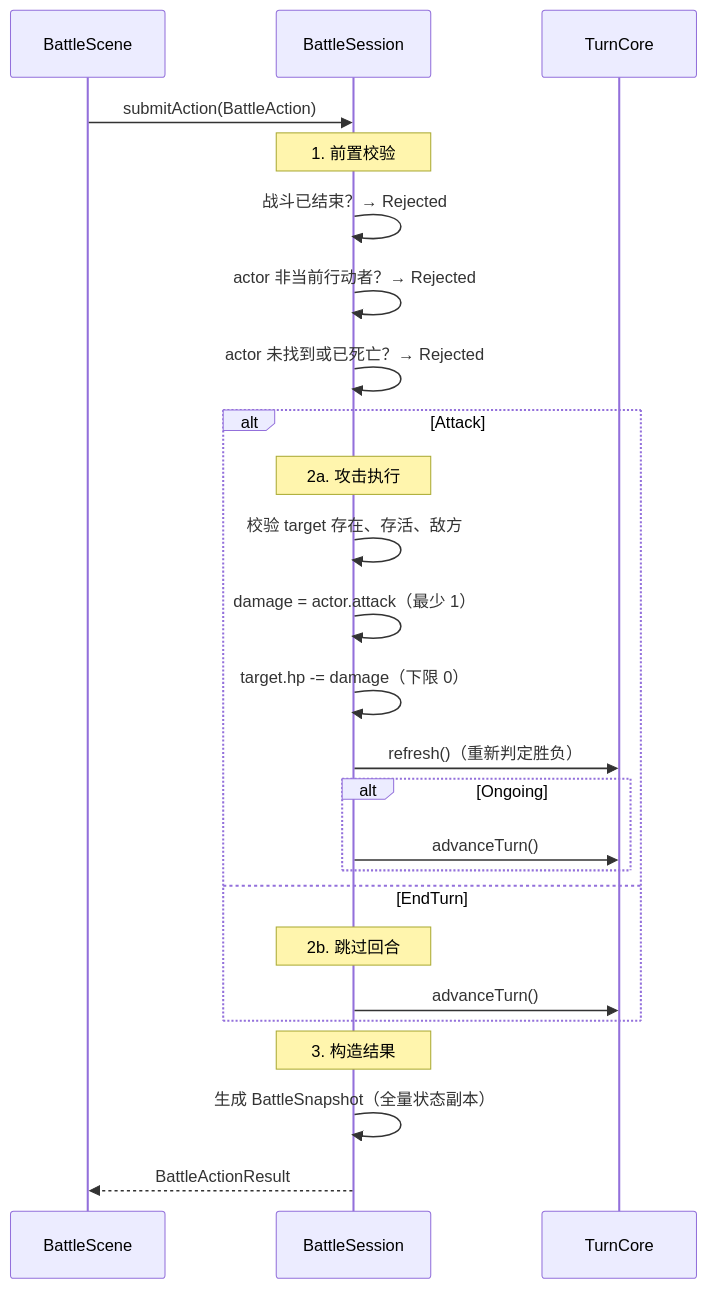
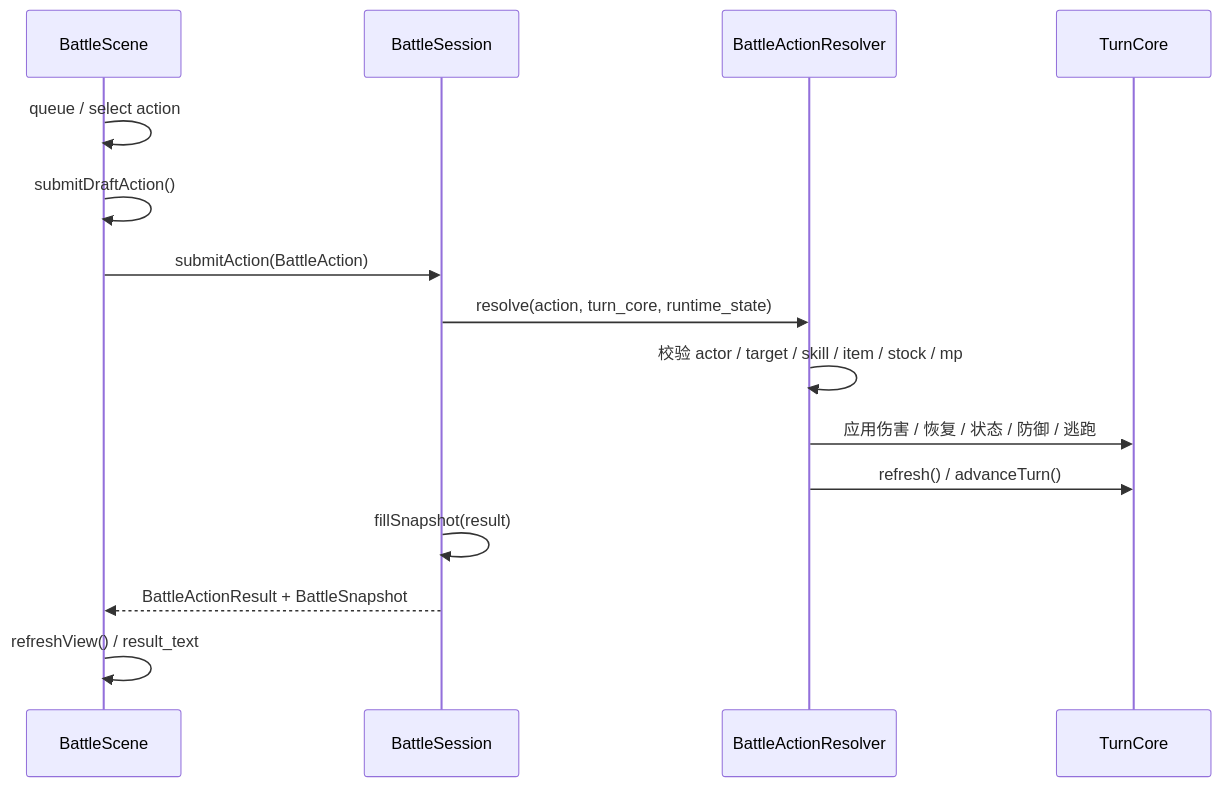
Before and after one commit to WispSnow/TinyFarmRPG: the fourth of 6 diagrams in docs/gameplay/turn-based-battle.md, drawn with Mermaid. The commit also changed other lines of this file, not shown here.

Commit message:
Refactor turn-based battle documentation for clarity and structure

````diff
--- a/docs/gameplay/turn-based-battle.md
+++ b/docs/gameplay/turn-based-battle.md
@@ -96,31 +186,18 @@
 ```mermaid
 sequenceDiagram
     participant BS as BattleScene
     participant SE as BattleSession
+    participant AR as BattleActionResolver
     participant TC as TurnCore
 
+    BS->>BS: queue / select action
+    BS->>BS: submitDraftAction()
     BS->>SE: submitAction(BattleAction)
-
-    Note over SE: 1. 前置校验
-    SE->>SE: 战斗已结束？→ Rejected
-    SE->>SE: actor 非当前行动者？→ Rejected
-    SE->>SE: actor 未找到或已死亡？→ Rejected
-
-    alt Attack
-        Note over SE: 2a. 攻击执行
-        SE->>SE: 校验 target 存在、存活、敌方
-        SE->>SE: damage = actor.attack（最少 1）
-        SE->>SE: target.hp -= damage（下限 0）
-        SE->>TC: refresh()（重新判定胜负）
-        alt Ongoing
-            SE->>TC: advanceTurn()
-        end
-    else EndTurn
-        Note over SE: 2b. 跳过回合
-        SE->>TC: advanceTurn()
-    end
-
-    Note over SE: 3. 构造结果
-    SE->>SE: 生成 BattleSnapshot（全量状态副本）
-    SE-->>BS: BattleActionResult
+    SE->>AR: resolve(action, turn_core, runtime_state)
+    AR->>AR: 校验 actor / target / skill / item / stock / mp
+    AR->>TC: 应用伤害 / 恢复 / 状态 / 防御 / 逃跑
+    AR->>TC: refresh() / advanceTurn()
+    SE->>SE: fillSnapshot(result)
+    SE-->>BS: BattleActionResult + BattleSnapshot
+    BS->>BS: refreshView() / result_text
 ```
````
